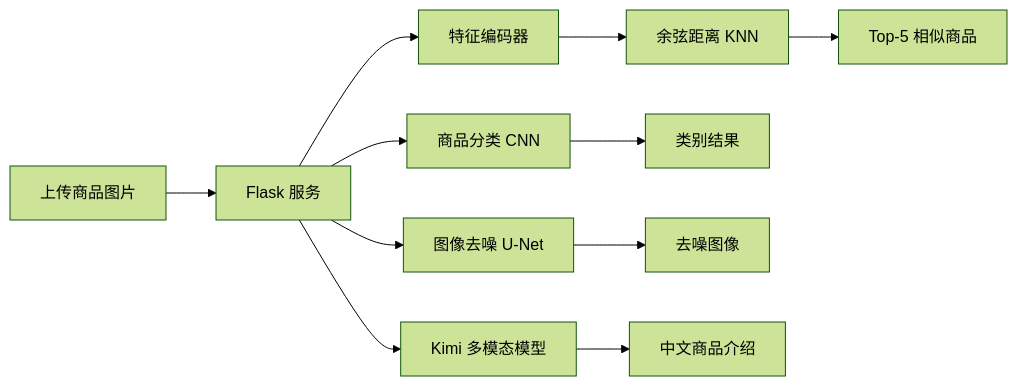
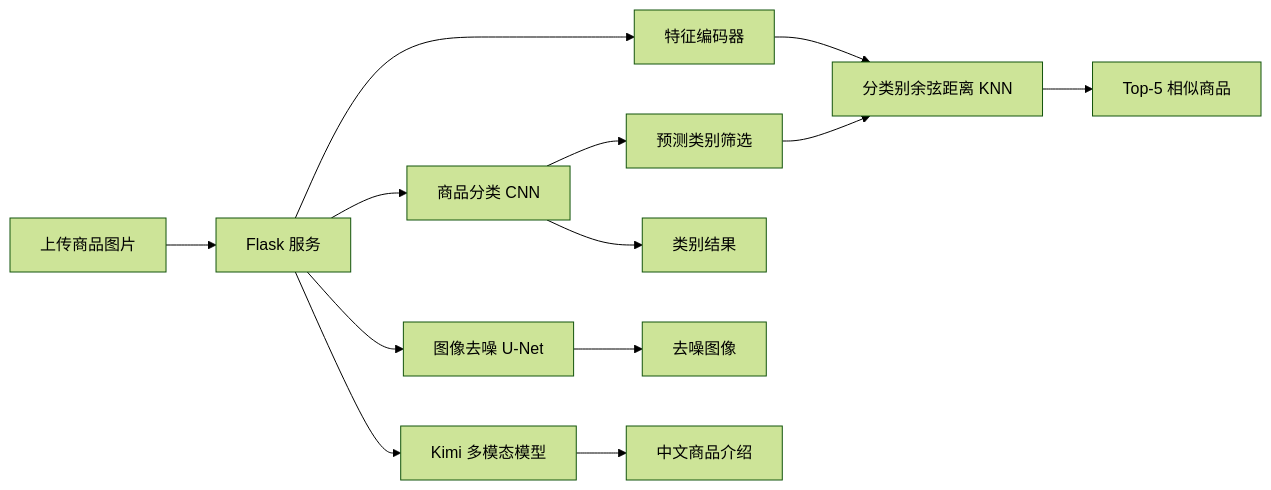
One commit to lizhuofan-curry/smart-image-treasure-hunt changed the diagram in README.md. Above: the diagram before and after it, drawn with Mermaid (forest theme). The commit also changed other lines of this file, not shown here.

````diff
--- a/README.md
+++ b/README.md
@@ -65,13 +68,15 @@
 ```mermaid
 flowchart LR
     A[上传商品图片] --> B[Flask 服务]
     B --> C[商品分类 CNN]
     B --> D[图像去噪 U-Net]
     B --> E[特征编码器]
     B --> J[Kimi 多模态模型]
-    E --> F[余弦距离 KNN]
+    C --> L[预测类别筛选]
+    E --> F[分类别余弦距离 KNN]
+    L --> F
     C --> G[类别结果]
     D --> H[去噪图像]
     F --> I[Top-5 相似商品]
     J --> K[中文商品介绍]
 ```
````
